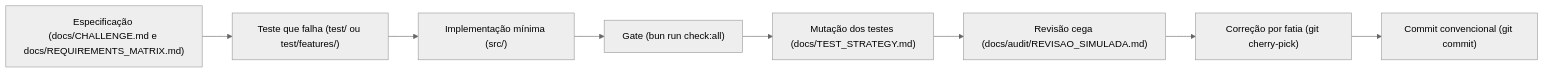
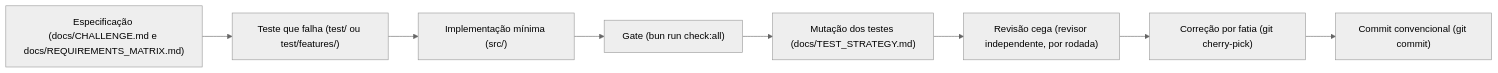
The diagram in README.md (dedeusgui/backend-challenge), drawn with Mermaid (neutral theme) before and after one commit. The commit also changed other lines of this file and 1 other file, not shown here.

````diff
--- a/README.md
+++ b/README.md
@@ -88,10 +91,10 @@
 ```mermaid
 flowchart LR
     A["Especificação (docs/CHALLENGE.md e docs/REQUIREMENTS_MATRIX.md)"] --> B["Teste que falha (test/ ou test/features/)"]
     B --> C["Implementação mínima (src/)"]
     C --> D["Gate (bun run check:all)"]
     D --> E["Mutação dos testes (docs/TEST_STRATEGY.md)"]
-    E --> F["Revisão cega (docs/audit/REVISAO_SIMULADA.md)"]
+    E --> F["Revisão cega (revisor independente, por rodada)"]
     F --> G["Correção por fatia (git cherry-pick)"]
     G --> H["Commit convencional (git commit)"]
 ```
````
